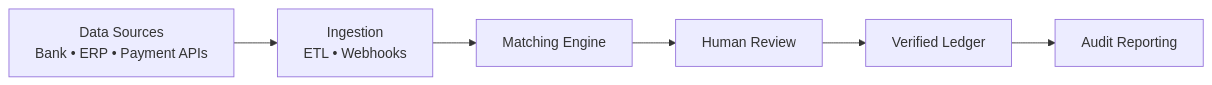
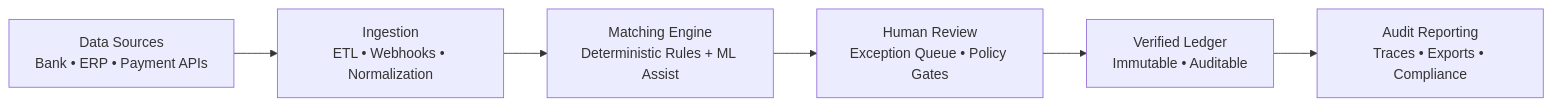
The second of 5 diagrams in README.md (Hardonian/Hardonian), drawn with Mermaid before and after one commit. The commit also changed other lines of this file, not shown here.

````diff
--- a/README.md
+++ b/README.md
@@ -170,16 +187,16 @@
 ```mermaid
 flowchart LR
 
-Sources["Data Sources<br/>Bank • ERP • Payment APIs"]
-Ingestion["Ingestion<br/>ETL • Webhooks"]
-Matcher["Matching Engine"]
-Review["Human Review"]
-Ledger["Verified Ledger"]
-Audit["Audit Reporting"]
+    Sources["Data Sources<br/>Bank • ERP • Payment APIs"]
+    Ingestion["Ingestion<br/>ETL • Webhooks • Normalization"]
+    Matcher["Matching Engine<br/>Deterministic Rules + ML Assist"]
+    Review["Human Review<br/>Exception Queue • Policy Gates"]
+    Ledger["Verified Ledger<br/>Immutable • Auditable"]
+    Audit["Audit Reporting<br/>Traces • Exports • Compliance"]
 
-Sources --> Ingestion
-Ingestion --> Matcher
-Matcher --> Review
-Review --> Ledger
-Ledger --> Audit
+    Sources --> Ingestion
+    Ingestion --> Matcher
+    Matcher --> Review
+    Review --> Ledger
+    Ledger --> Audit
 ```
````
